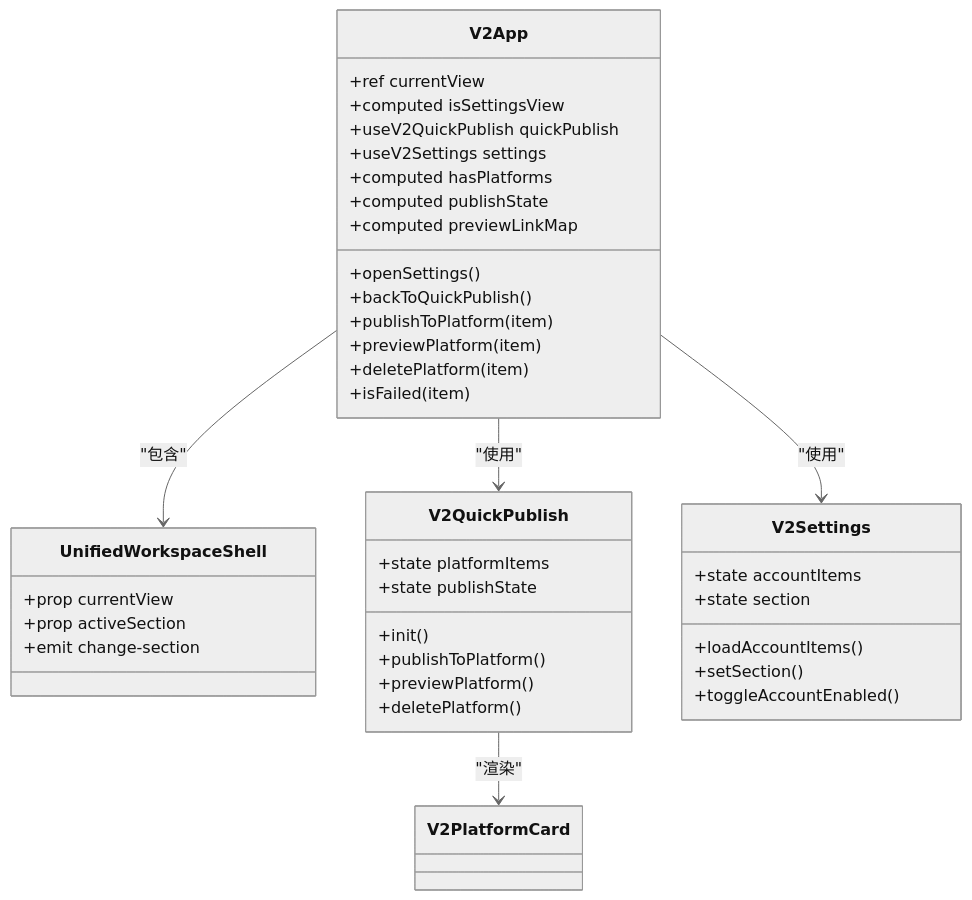
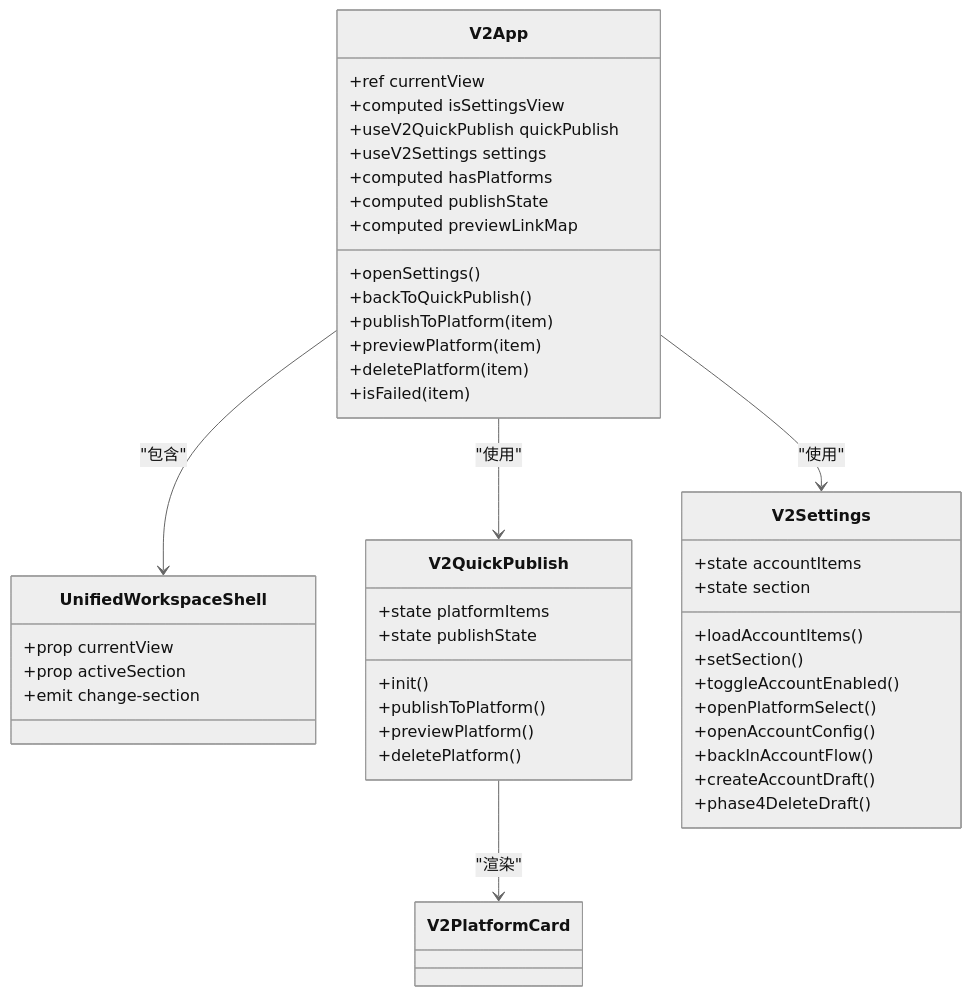
One commit to terwer/siyuan-plugin-publisher changed the second of 10 diagrams in .qoder/repowiki/zh/content/用户界面组件/页面组件/V2 应用根组件.md. Above: the diagram before and after it, drawn with Mermaid (neutral theme). The commit also changed other lines of this file and 14 other files, not shown here.

````diff
--- a/.qoder/repowiki/zh/content/用户界面组件/页面组件/V2 应用根组件.md
+++ b/.qoder/repowiki/zh/content/用户界面组件/页面组件/V2 应用根组件.md
@@ -95,42 +108,47 @@
 ```mermaid
 classDiagram
 class V2App {
 +ref currentView
 +computed isSettingsView
 +useV2QuickPublish quickPublish
 +useV2Settings settings
 +computed hasPlatforms
 +computed publishState
 +computed previewLinkMap
 +openSettings()
 +backToQuickPublish()
 +publishToPlatform(item)
 +previewPlatform(item)
 +deletePlatform(item)
 +isFailed(item)
 }
 class UnifiedWorkspaceShell {
 +prop currentView
 +prop activeSection
 +emit change-section
 }
 class V2QuickPublish {
 +state platformItems
 +state publishState
 +init()
 +publishToPlatform()
 +previewPlatform()
 +deletePlatform()
 }
 class V2Settings {
 +state accountItems
 +state section
 +loadAccountItems()
 +setSection()
 +toggleAccountEnabled()
++openPlatformSelect()
++openAccountConfig()
++backInAccountFlow()
++createAccountDraft()
++phase4DeleteDraft()
 }
 V2App --> UnifiedWorkspaceShell : "包含"
 V2App --> V2QuickPublish : "使用"
 V2App --> V2Settings : "使用"
 V2QuickPublish --> V2PlatformCard : "渲染"
 ```
````
